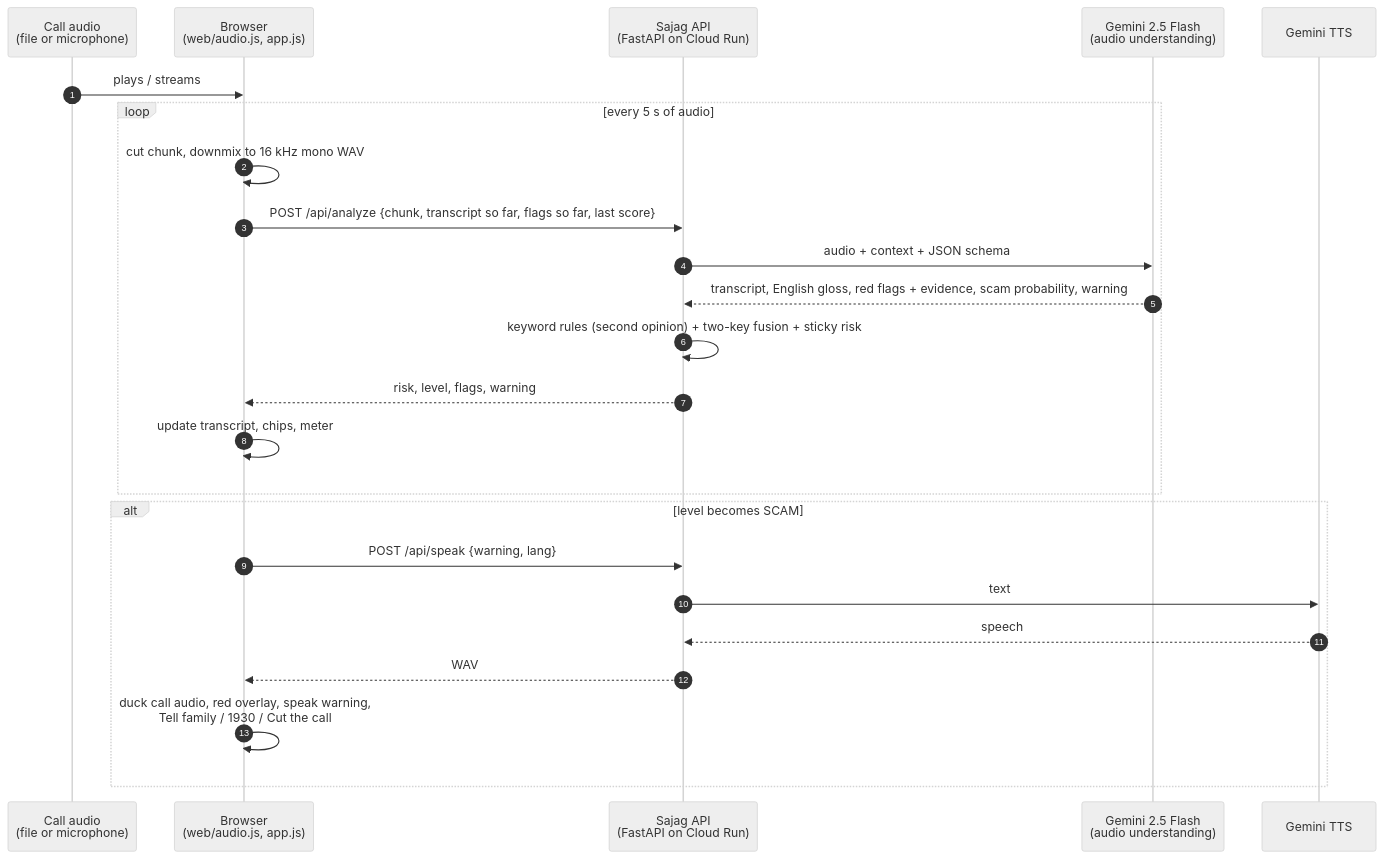
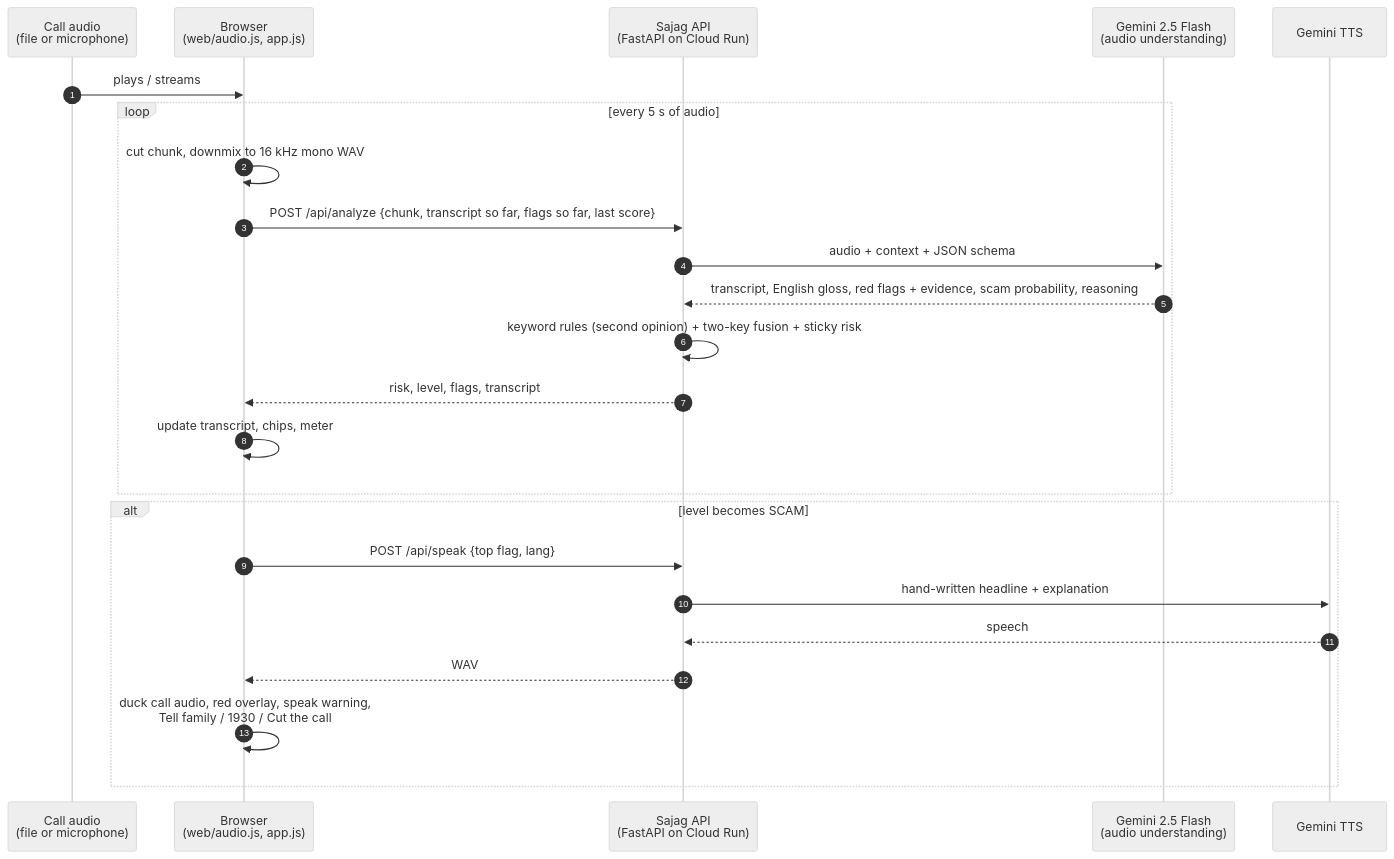
One commit to VedantDomadiya/sajag changed the diagram in README.md. Above: the diagram before and after it, drawn with Mermaid (neutral theme). The commit also changed other lines of this file and 6 other files, not shown here.

Commit message:
Speak and show only hand-written warnings; add a shared per-endpoint rate cap

````diff
--- a/README.md
+++ b/README.md
@@ -116,27 +116,27 @@
 ```mermaid
 sequenceDiagram
     autonumber
     participant Call as Call audio<br/>(file or microphone)
     participant B as Browser<br/>(web/audio.js, app.js)
     participant S as Sajag API<br/>(FastAPI on Cloud Run)
     participant G as Gemini 2.5 Flash<br/>(audio understanding)
     participant T as Gemini TTS
 
     Call->>B: plays / streams
     loop every 5 s of audio
         B->>B: cut chunk, downmix to 16 kHz mono WAV
         B->>S: POST /api/analyze {chunk, transcript so far, flags so far, last score}
         S->>G: audio + context + JSON schema
-        G-->>S: transcript, English gloss, red flags + evidence, scam probability, warning
+        G-->>S: transcript, English gloss, red flags + evidence, scam probability, reasoning
         S->>S: keyword rules (second opinion) + two-key fusion + sticky risk
-        S-->>B: risk, level, flags, warning
+        S-->>B: risk, level, flags, transcript
         B->>B: update transcript, chips, meter
     end
     alt level becomes SCAM
-        B->>S: POST /api/speak {warning, lang}
-        S->>T: text
+        B->>S: POST /api/speak {top flag, lang}
+        S->>T: hand-written headline + explanation
         T-->>S: speech
         S-->>B: WAV
         B->>B: duck call audio, red overlay, speak warning,<br/>Tell family / 1930 / Cut the call
     end
 ```
````
